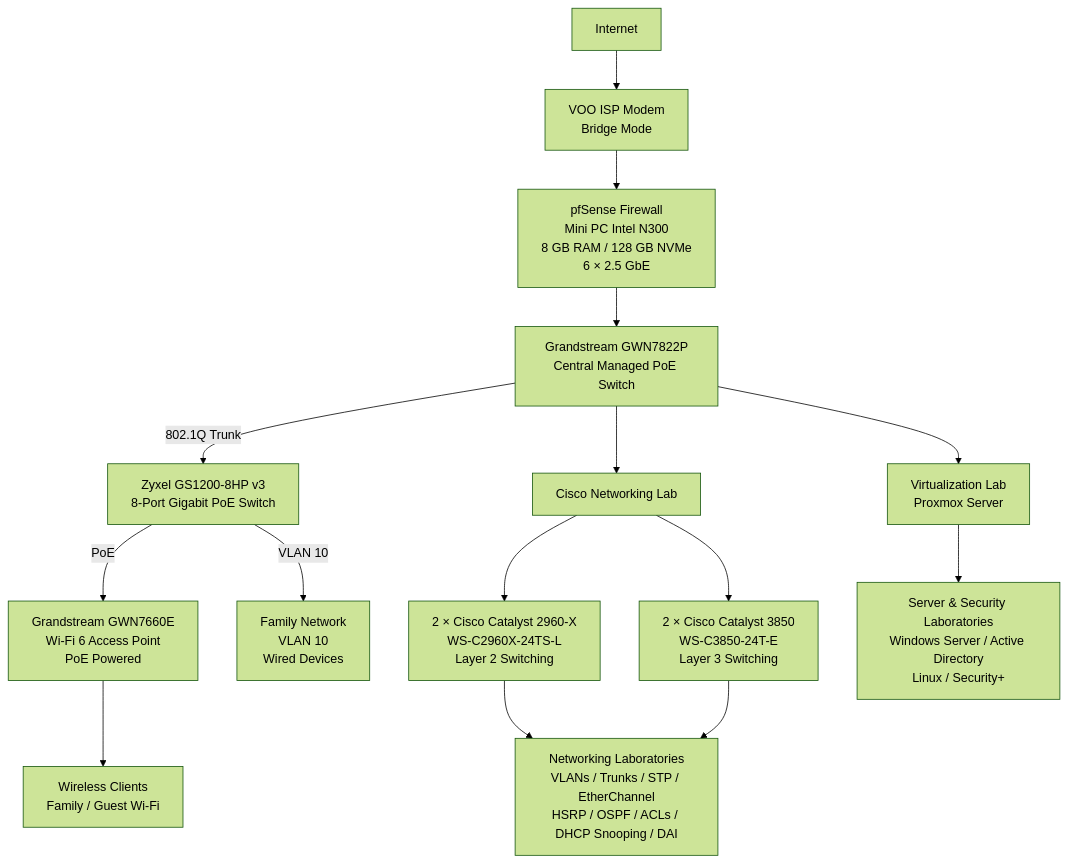
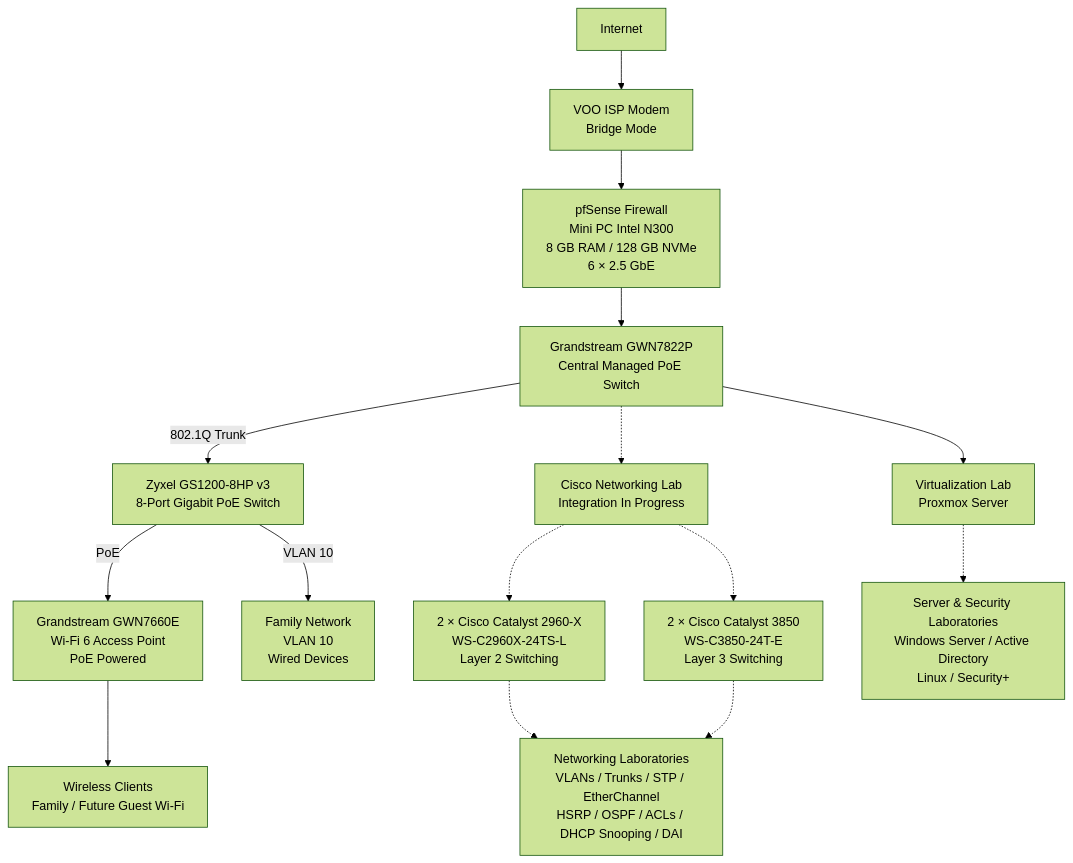
The diagram in README.md (Cypherlab777/Homelab), drawn with Mermaid (forest theme) before and after one commit. The commit also changed other lines of this file, not shown here.

````diff
--- a/README.md
+++ b/README.md
@@ -66,51 +106,51 @@
 ```mermaid
 flowchart TD
 
     INTERNET["Internet"]
 
     VOO["VOO ISP Modem<br/>Bridge Mode"]
 
     PFSENSE["pfSense Firewall<br/>Mini PC Intel N300<br/>8 GB RAM / 128 GB NVMe<br/>6 × 2.5 GbE"]
 
     GRANDSTREAM["Grandstream GWN7822P<br/>Central Managed PoE Switch"]
 
     ZYXEL["Zyxel GS1200-8HP v3<br/>8-Port Gigabit PoE Switch"]
 
     AP["Grandstream GWN7660E<br/>Wi-Fi 6 Access Point<br/>PoE Powered"]
 
     FAMILY["Family Network<br/>VLAN 10<br/>Wired Devices"]
 
-    WIFI["Wireless Clients<br/>Family / Guest Wi-Fi"]
+    WIFI["Wireless Clients<br/>Family / Future Guest Wi-Fi"]
 
-    CISCOLAB["Cisco Networking Lab"]
+    CISCOLAB["Cisco Networking Lab<br/>Integration In Progress"]
 
     VIRTUALIZATION["Virtualization Lab<br/>Proxmox Server"]
 
     L2["2 × Cisco Catalyst 2960-X<br/>WS-C2960X-24TS-L<br/>Layer 2 Switching"]
 
     L3["2 × Cisco Catalyst 3850<br/>WS-C3850-24T-E<br/>Layer 3 Switching"]
 
     NETWORKLAB["Networking Laboratories<br/>VLANs / Trunks / STP / EtherChannel<br/>HSRP / OSPF / ACLs / DHCP Snooping / DAI"]
 
     SERVERLAB["Server & Security Laboratories<br/>Windows Server / Active Directory<br/>Linux / Security+"]
 
     INTERNET --> VOO
     VOO --> PFSENSE
     PFSENSE --> GRANDSTREAM
 
     GRANDSTREAM -->|"802.1Q Trunk"| ZYXEL
     ZYXEL -->|"VLAN 10"| FAMILY
     ZYXEL -->|"PoE"| AP
     AP --> WIFI
 
-    GRANDSTREAM --> CISCOLAB
+    GRANDSTREAM -.-> CISCOLAB
     GRANDSTREAM --> VIRTUALIZATION
 
-    CISCOLAB --> L2
-    CISCOLAB --> L3
+    CISCOLAB -.-> L2
+    CISCOLAB -.-> L3
 
-    L2 --> NETWORKLAB
-    L3 --> NETWORKLAB
+    L2 -.-> NETWORKLAB
+    L3 -.-> NETWORKLAB
 
-    VIRTUALIZATION --> SERVERLAB
+    VIRTUALIZATION -.-> SERVERLAB
 ```
````
